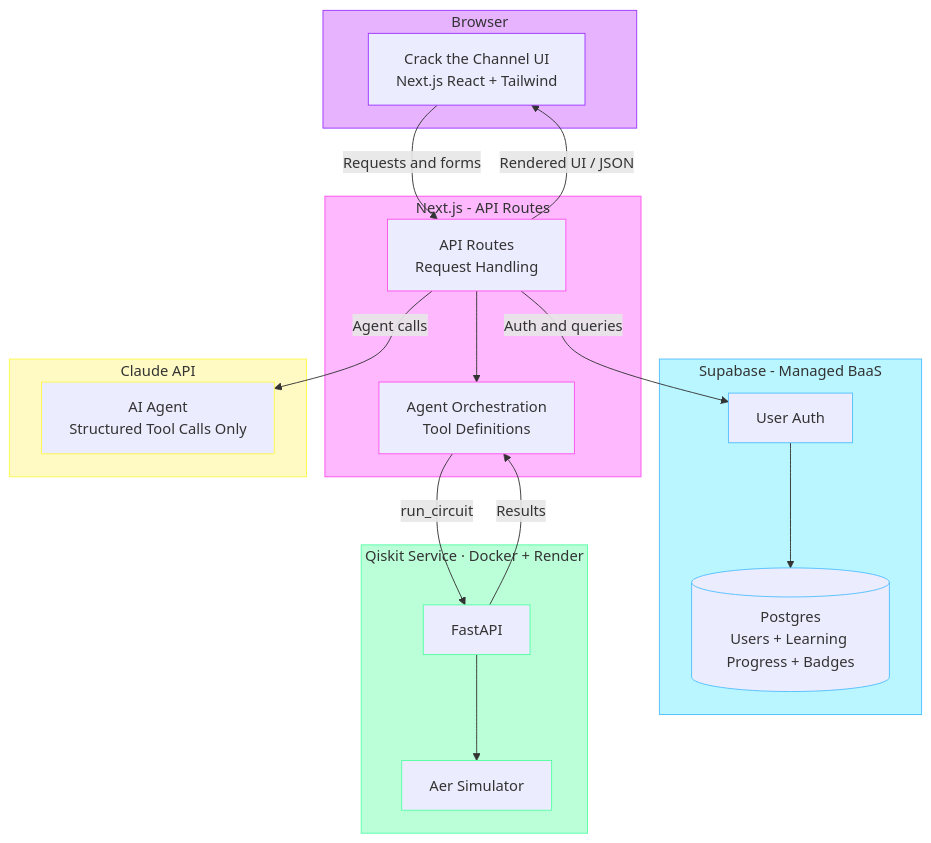
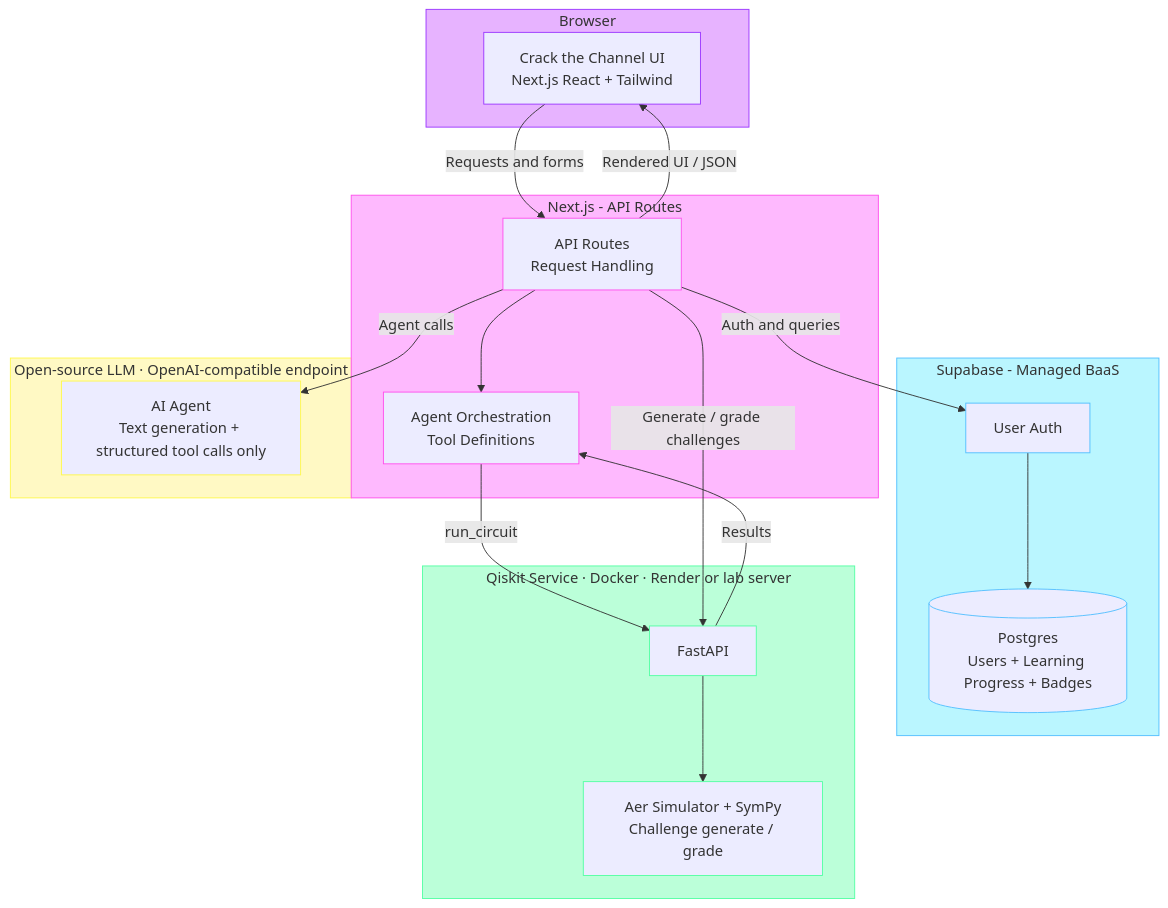
One commit to mackenzieselleck/crack-the-channel-capstone-team87 changed the diagram in docs/sprint-1/architecture/architecture-overview.md. Above: the diagram before and after it, drawn with Mermaid. The commit also changed other lines of this file and 6 other files, not shown here.

````diff
--- a/docs/sprint-1/architecture/architecture-overview.md
+++ b/docs/sprint-1/architecture/architecture-overview.md
@@ -64,44 +82,45 @@
 ``` mermaid
 flowchart TB
  subgraph BROWSER["Browser"]
         UI["Crack the Channel UI<br>Next.js React + Tailwind"]
   end
  subgraph APP["Next.js - API Routes"]
         ROUTES["API Routes<br>Request Handling"]
         AGENT["Agent Orchestration<br>Tool Definitions"]
   end
  subgraph SUPABASE["Supabase - Managed BaaS"]
         AUTH["User Auth"]
         PG[("Postgres<br>Users + Learning Progress + Badges")]
   end
- subgraph QISKIT["Qiskit Service · Docker + Render"]
+ subgraph QISKIT["Qiskit Service · Docker · Render or lab server"]
         FASTAPI["FastAPI"]
-        AER["Aer Simulator"]
+        AER["Aer Simulator + SymPy<br>Challenge generate / grade"]
   end
- subgraph CLAUDE["Claude API"]
-        CLAUDEAGENT["AI Agent<br>Structured Tool Calls Only"]
+ subgraph LLM["Open-source LLM · OpenAI-compatible endpoint"]
+        LLMAGENT["AI Agent<br>Text generation + structured tool calls only"]
   end
     ROUTES --> AGENT
     AUTH --> PG
     FASTAPI --> AER
     UI -- Requests and forms --> ROUTES
     ROUTES -- Rendered UI / JSON --> UI
     ROUTES -- Auth and queries --> AUTH
     AGENT -- run_circuit --> FASTAPI
     FASTAPI -- Results --> AGENT
-    ROUTES -- Agent calls --> CLAUDEAGENT
+    ROUTES -- Agent calls --> LLMAGENT
+    ROUTES -- Generate / grade challenges --> FASTAPI
 
     style UI stroke:#9b36ff
     style ROUTES stroke:#ff50ed
     style AGENT stroke:#ff50ed
     style AUTH stroke:#52bfff
     style PG stroke:#52bfff
     style FASTAPI stroke:#54ffa4
     style AER stroke:#54ffa4
-    style CLAUDEAGENT stroke:#fef84c
+    style LLMAGENT stroke:#fef84c
     style BROWSER stroke:#9b36ff,fill:#e7b3ff
     style APP stroke:#ff50ed,fill:#feb9fe
     style SUPABASE stroke:#52bfff,fill:#baf6ff
     style QISKIT stroke:#54ffa4,fill:#bbffd9
-    style CLAUDE stroke:#fef84c,fill:#FFF9C4
+    style LLM stroke:#fef84c,fill:#FFF9C4
 ```
````
